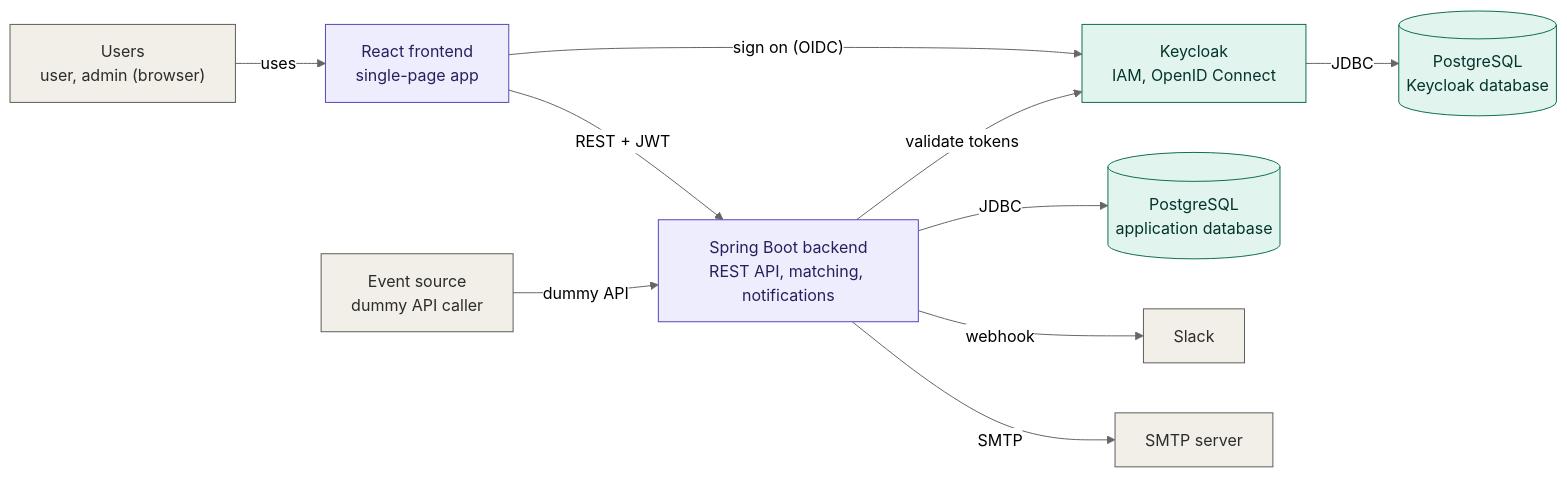
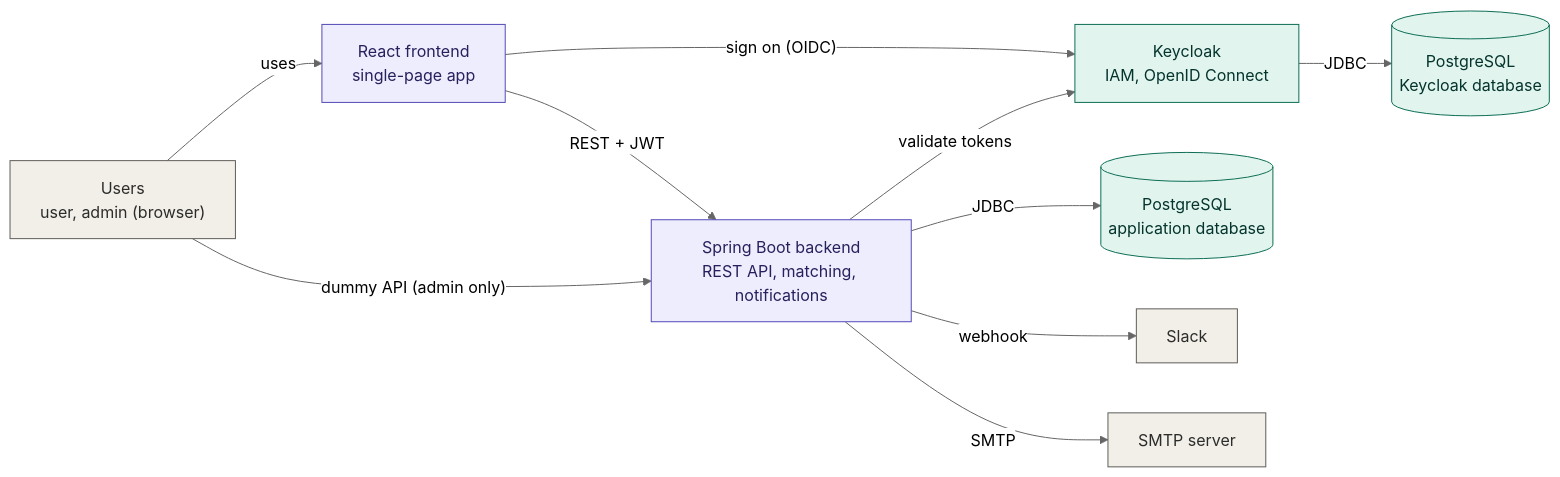
The first of 2 diagrams in 02-architecture-plan.md (pinyoke55558/sonrisa-task), drawn with Mermaid (neutral theme) before and after one commit. The commit also changed other lines of this file and 1 other file, not shown here.

Commit message:
docs(02-architecture-plan): add api design

````diff
--- a/02-architecture-plan.md
+++ b/02-architecture-plan.md
@@ -5,29 +5,28 @@
 ```mermaid
 flowchart LR
     U["Users<br/>user, admin (browser)"]
     FE["React frontend<br/>single-page app"]
     BE["Spring Boot backend<br/>REST API, matching, notifications"]
     KC["Keycloak<br/>IAM, OpenID Connect"]
     DB[("PostgreSQL<br/>application database")]
     KDB[("PostgreSQL<br/>Keycloak database")]
-    SRC["Event source<br/>dummy API caller"]
     SLACK["Slack"]
     SMTP["SMTP server"]
 
     U -->|uses| FE
     FE -->|"sign on (OIDC)"| KC
     FE -->|"REST + JWT"| BE
     BE -->|validate tokens| KC
     BE -->|JDBC| DB
     KC -->|JDBC| KDB
-    SRC -->|dummy API| BE
+    U -->|"dummy API (admin only)"| BE
     BE -->|webhook| SLACK
     BE -->|SMTP| SMTP
 
     classDef ours fill:#EEEDFE,stroke:#534AB7,color:#26215C
     classDef infra fill:#E1F5EE,stroke:#0F6E56,color:#04342C
     classDef external fill:#F1EFE8,stroke:#5F5E5A,color:#2C2C2A
     class FE,BE ours
     class KC,DB,KDB infra
-    class U,SRC,SLACK,SMTP external
+    class U,SLACK,SMTP external
 ```
````
